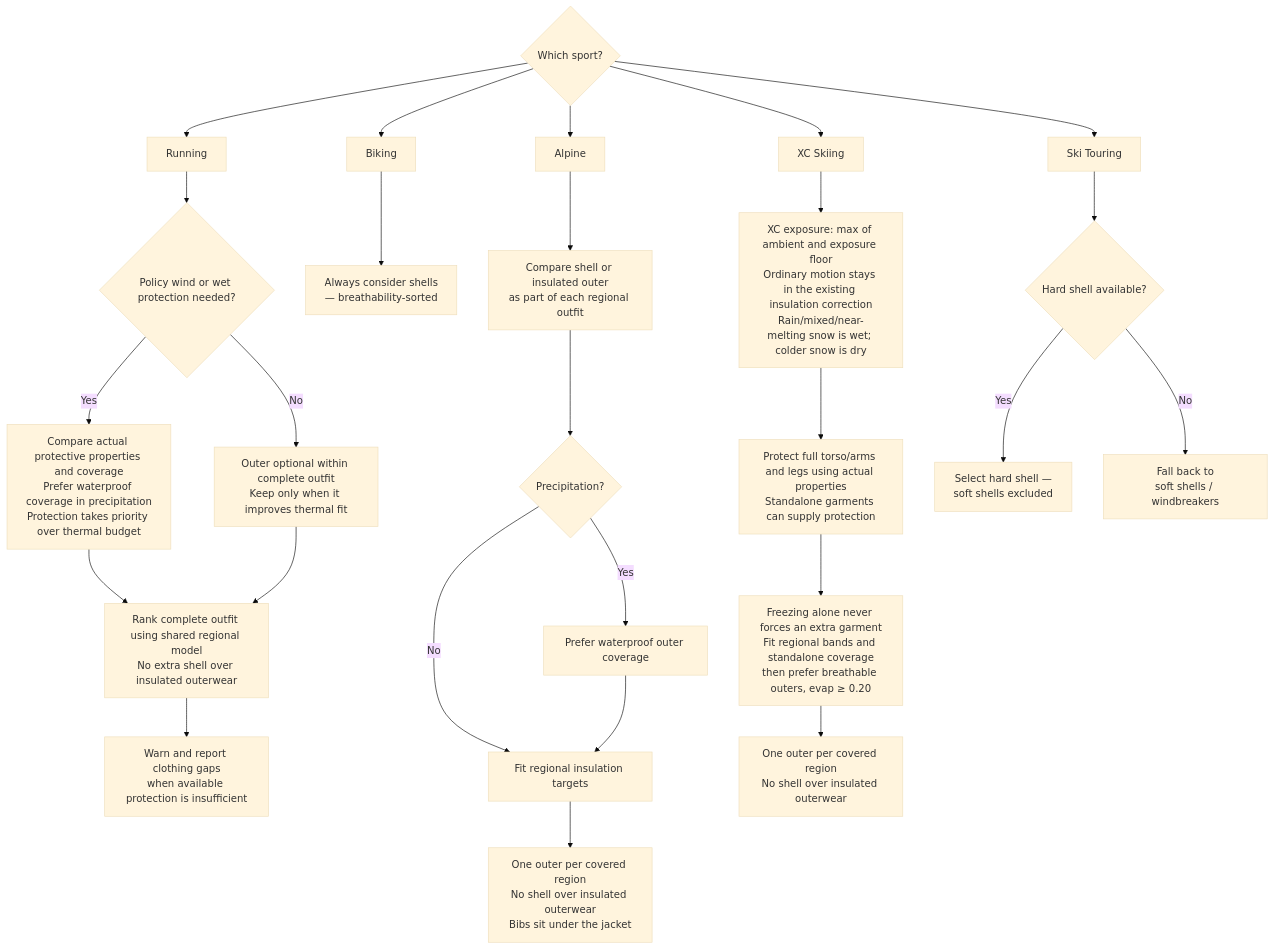
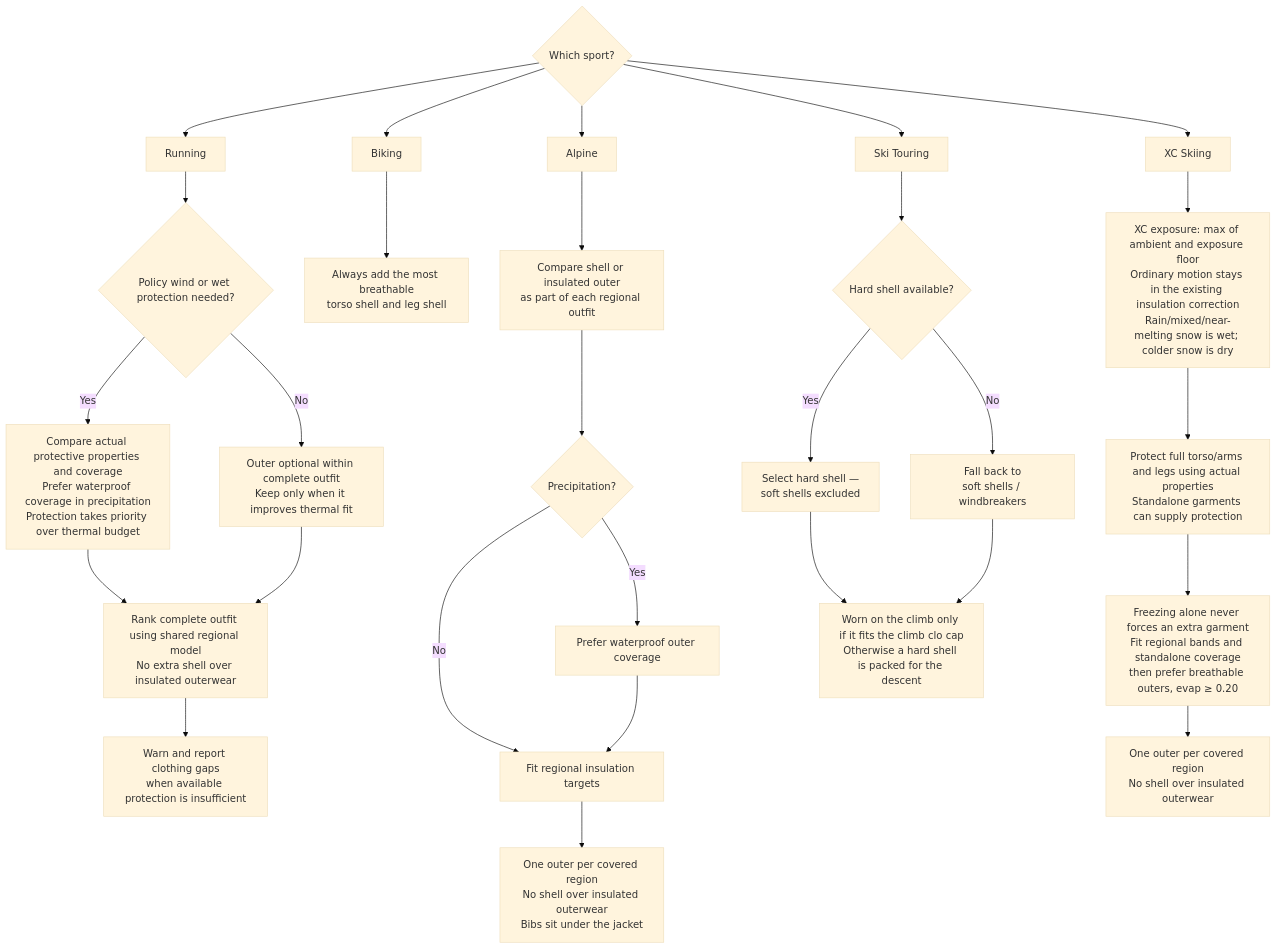
The fifth of 7 diagrams in README.md (derobertsw/swttr), drawn with Mermaid (base theme) before and after one commit. The commit also changed other lines of this file and 5 other files, not shown here.

````diff
--- a/README.md
+++ b/README.md
@@ -238,33 +240,35 @@
 ```mermaid
 graph TD
     START{Which sport?} --> RUN[Running]
     START --> BIKE[Biking]
     START --> ALP[Alpine]
     START --> XC[XC Skiing]
     START --> TOUR[Ski Touring]
 
     RUN --> RCHECK{Policy wind or wet protection needed?}
     RCHECK -->|Yes| RPROTECT[Compare actual protective properties and coverage<br/>Prefer waterproof coverage in precipitation<br/>Protection takes priority over thermal budget]
     RCHECK -->|No| ROPT[Outer optional within complete outfit<br/>Keep only when it improves thermal fit]
     RPROTECT --> RRANK[Rank complete outfit using shared regional model<br/>No extra shell over insulated outerwear]
     ROPT --> RRANK
     RRANK --> RGAP[Warn and report clothing gaps<br/>when available protection is insufficient]
 
-    BIKE --> BADD[Always consider shells<br/>— breathability-sorted]
+    BIKE --> BADD[Always add the most breathable<br/>torso shell and leg shell]
 
     ALP --> AOUT[Compare shell or insulated outer<br/>as part of each regional outfit]
     AOUT --> AWET{Precipitation?}
     AWET -->|Yes| AWP[Prefer waterproof outer coverage]
     AWET -->|No| ABUDGET[Fit regional insulation targets]
     AWP --> ABUDGET
     ABUDGET --> ACAP[One outer per covered region<br/>No shell over insulated outerwear<br/>Bibs sit under the jacket]
 
     XC --> XNEED[XC exposure: max of ambient and exposure floor<br/>Ordinary motion stays in the existing insulation correction<br/>Rain/mixed/near-melting snow is wet; colder snow is dry]
     XNEED --> XREQ[Protect full torso/arms and legs using actual properties<br/>Standalone garments can supply protection]
     XREQ --> XFIT[Freezing alone never forces an extra garment<br/>Fit regional bands and standalone coverage<br/>then prefer breathable outers, evap ≥ 0.20]
     XFIT --> XCAP[One outer per covered region<br/>No shell over insulated outerwear]
 
     TOUR --> THARD{Hard shell available?}
     THARD -->|Yes| THSEL[Select hard shell —<br/>soft shells excluded]
     THARD -->|No| TOTHER[Fall back to<br/>soft shells / windbreakers]
+    THSEL --> TCAP[Worn on the climb only if it fits the climb clo cap<br/>Otherwise a hard shell is packed for the descent]
+    TOTHER --> TCAP
 ```
````
